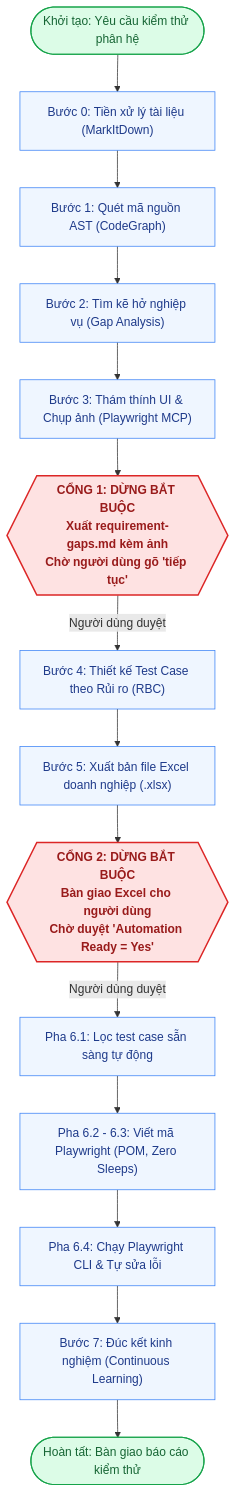
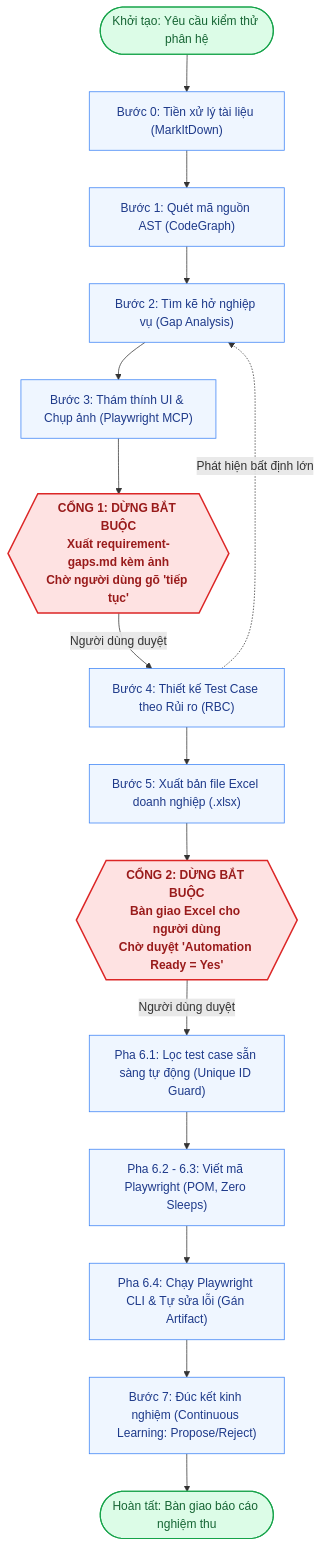
The diagram in README.md (Dang-nhut-tan/QA-skill), drawn with Mermaid before and after one commit. The commit also changed other lines of this file, not shown here.

Commit message:
docs: update README.md with V4 architecture, 66 tests, honest token telemetry, and complete scripts inventory

````diff
--- a/README.md
+++ b/README.md
@@ -64,27 +71,28 @@
 ```mermaid
 flowchart TD
     Start(["Khởi tạo: Yêu cầu kiểm thử phân hệ"]) --> S0["Bước 0: Tiền xử lý tài liệu (MarkItDown)"]
     S0 --> S1["Bước 1: Quét mã nguồn AST (CodeGraph)"]
     S1 --> S2["Bước 2: Tìm kẽ hở nghiệp vụ (Gap Analysis)"]
     S2 --> S3["Bước 3: Thám thính UI & Chụp ảnh (Playwright MCP)"]
     
     S3 --> Gate1{{"CỔNG 1: DỪNG BẮT BUỘC\nXuất requirement-gaps.md kèm ảnh\nChờ người dùng gõ 'tiếp tục'"}}
     
     Gate1 -- "Người dùng duyệt" --> S4["Bước 4: Thiết kế Test Case theo Rủi ro (RBC)"]
+    S4 -. "Phát hiện bất định lớn" .-> S2
     S4 --> S5["Bước 5: Xuất bản file Excel doanh nghiệp (.xlsx)"]
     
     S5 --> Gate2{{"CỔNG 2: DỪNG BẮT BUỘC\nBàn giao Excel cho người dùng\nChờ duyệt 'Automation Ready = Yes'"}}
     
-    Gate2 -- "Người dùng duyệt" --> S61["Pha 6.1: Lọc test case sẵn sàng tự động"]
+    Gate2 -- "Người dùng duyệt" --> S61["Pha 6.1: Lọc test case sẵn sàng tự động (Unique ID Guard)"]
     S61 --> S62["Pha 6.2 - 6.3: Viết mã Playwright (POM, Zero Sleeps)"]
-    S62 --> S64["Pha 6.4: Chạy Playwright CLI & Tự sửa lỗi"]
-    S64 --> S7["Bước 7: Đúc kết kinh nghiệm (Continuous Learning)"]
-    S7 --> EndNode(["Hoàn tất: Bàn giao báo cáo kiểm thử"])
+    S62 --> S64["Pha 6.4: Chạy Playwright CLI & Tự sửa lỗi (Gán Artifact)"]
+    S64 --> S7["Bước 7: Đúc kết kinh nghiệm (Continuous Learning: Propose/Reject)"]
+    S7 --> EndNode(["Hoàn tất: Bàn giao báo cáo nghiệm thu"])
 
     classDef stop fill:#FEE2E2,stroke:#DC2626,stroke-width:2px,color:#991B1B,font-weight:bold;
     classDef step fill:#EFF6FF,stroke:#3B82F6,stroke-width:1px,color:#1E3A8A;
     classDef done fill:#DCFCE7,stroke:#16A34A,stroke-width:1.5px,color:#166534;
     class Gate1,Gate2 stop;
     class S0,S1,S2,S3,S4,S5,S61,S62,S64,S7 step;
     class Start,EndNode done;
 ```
````
